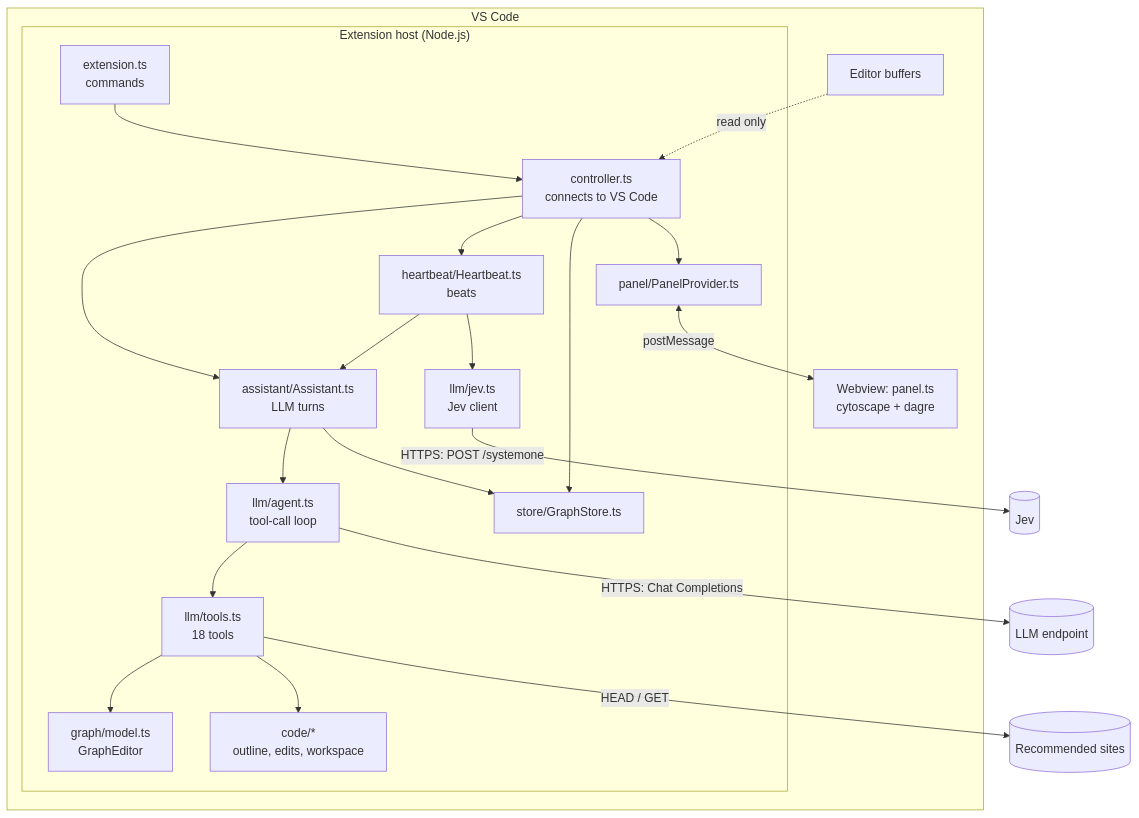
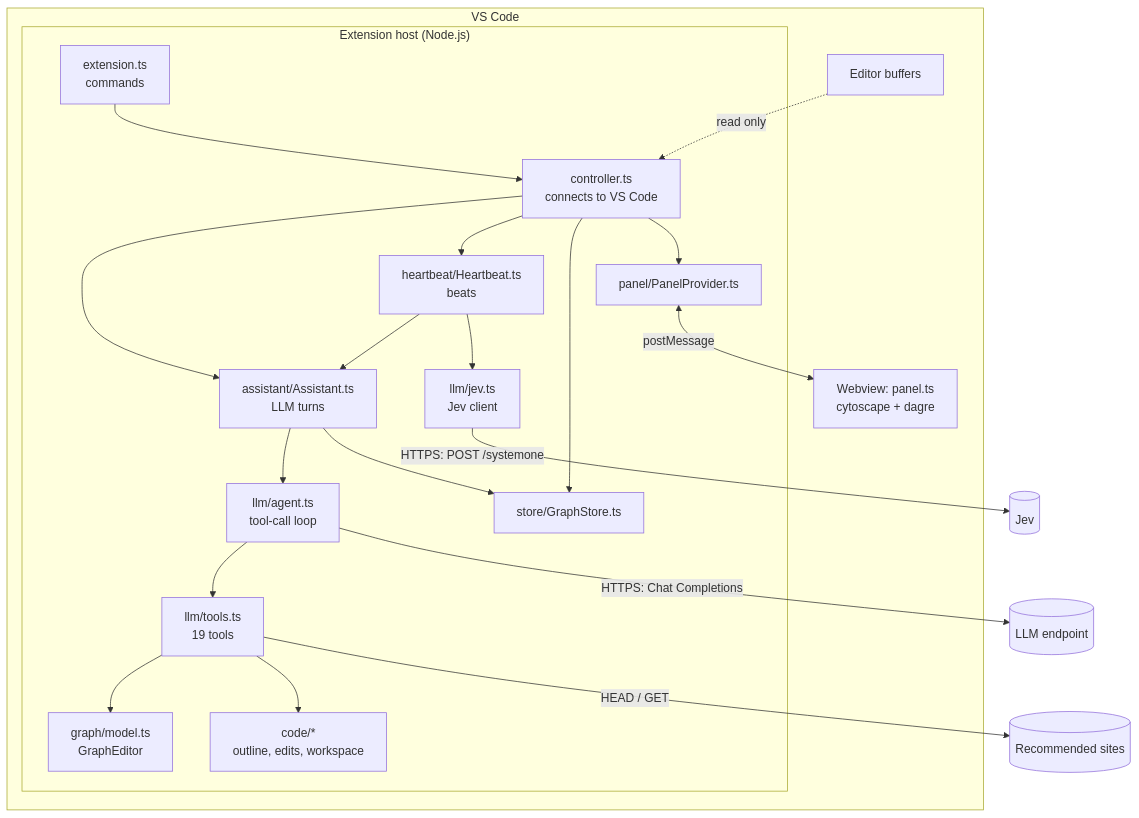
Before and after one commit to ErrDivine/Assistive: the first of 5 diagrams in docs/06-architecture.md, drawn with Mermaid. The commit also changed other lines of this file and 25 other files, not shown here.

````diff
--- a/docs/06-architecture.md
+++ b/docs/06-architecture.md
@@ -9,24 +9,24 @@
 ```mermaid
 flowchart TB
     subgraph VSCode["VS Code"]
         subgraph Host["Extension host (Node.js)"]
             EXT["extension.ts<br/>commands"] --> CTRL["controller.ts<br/>connects to VS Code"]
             CTRL --> ASSIST["assistant/Assistant.ts<br/>LLM turns"]
             CTRL --> HB["heartbeat/Heartbeat.ts<br/>beats"]
             HB --> ASSIST
             ASSIST --> AGENT["llm/agent.ts<br/>tool-call loop"]
-            AGENT --> TOOLS["llm/tools.ts<br/>18 tools"]
+            AGENT --> TOOLS["llm/tools.ts<br/>19 tools"]
             TOOLS --> GRAPH["graph/model.ts<br/>GraphEditor"]
             TOOLS --> CODE["code/*<br/>outline, edits, workspace"]
             HB --> JEVC["llm/jev.ts<br/>Jev client"]
             CTRL --> STORE["store/GraphStore.ts"]
             ASSIST --> STORE
             CTRL --> PANELHOST["panel/PanelProvider.ts"]
         end
         PANELHOST <-->|"postMessage"| WEB["Webview: panel.ts<br/>cytoscape + dagre"]
         EDITOR["Editor buffers"] -.->|"read only"| CTRL
     end
     AGENT -->|"HTTPS: Chat Completions"| LLM[("LLM endpoint")]
     JEVC -->|"HTTPS: POST /systemone"| JEV[("Jev")]
     TOOLS -->|"HEAD / GET"| WEBSITES[("Recommended sites")]
 ```
````
